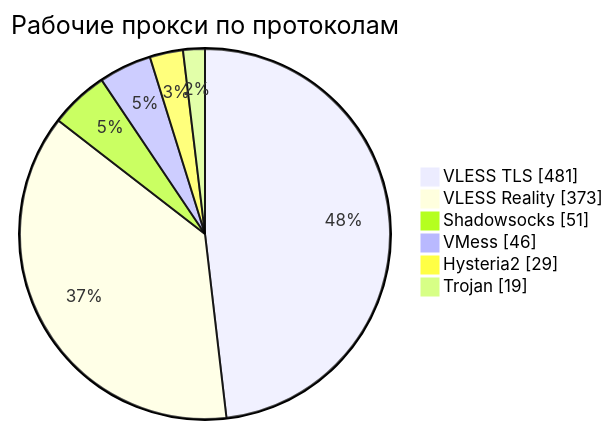
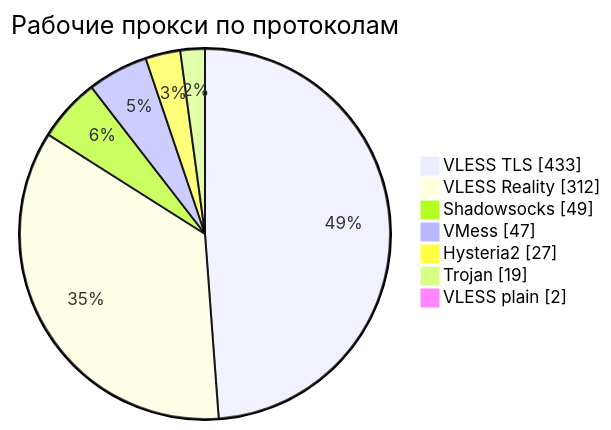
The third of 4 diagrams in README.md (rvvg/proxy-subs), drawn with Mermaid before and after one commit. The commit also changed other lines of this file and 49 other files, not shown here.

````diff
--- a/README.md
+++ b/README.md
@@ -138,10 +139,11 @@
 ```mermaid
 pie showData
     title Рабочие прокси по протоколам
-    "VLESS TLS" : 481
-    "VLESS Reality" : 373
-    "Shadowsocks" : 51
-    "VMess" : 46
-    "Hysteria2" : 29
+    "VLESS TLS" : 433
+    "VLESS Reality" : 312
+    "Shadowsocks" : 49
+    "VMess" : 47
+    "Hysteria2" : 27
     "Trojan" : 19
+    "VLESS plain" : 2
 ```
````
